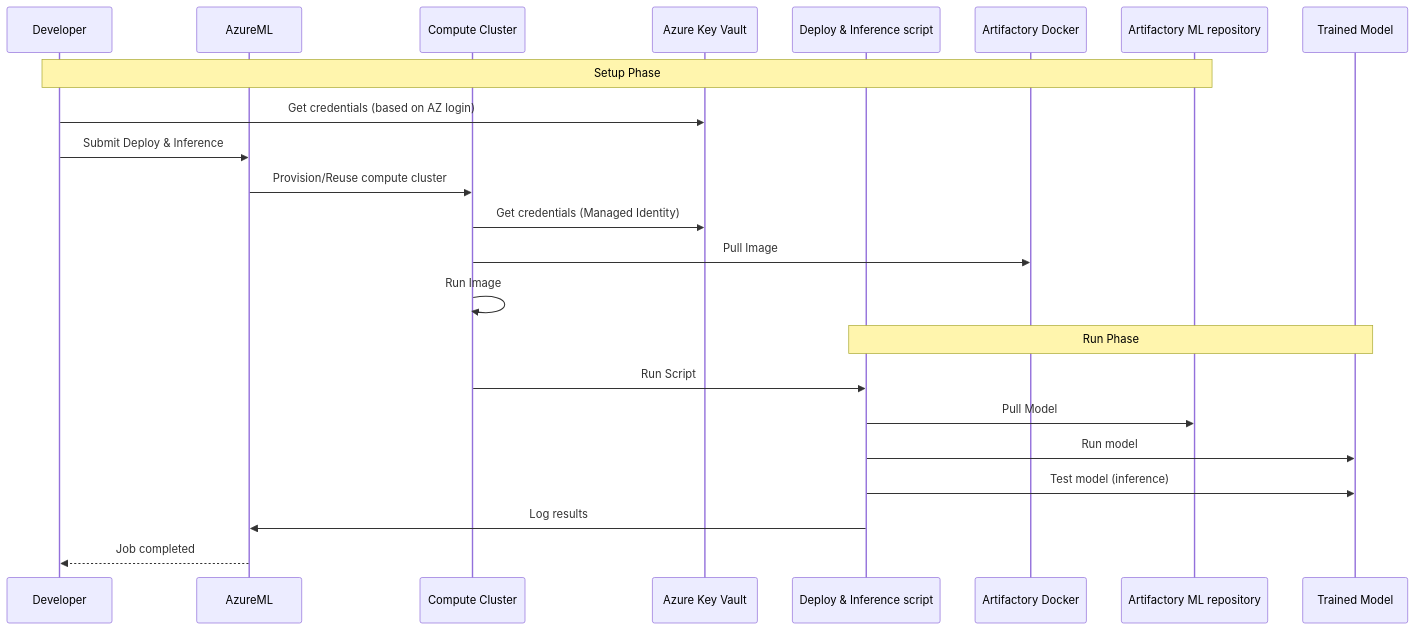
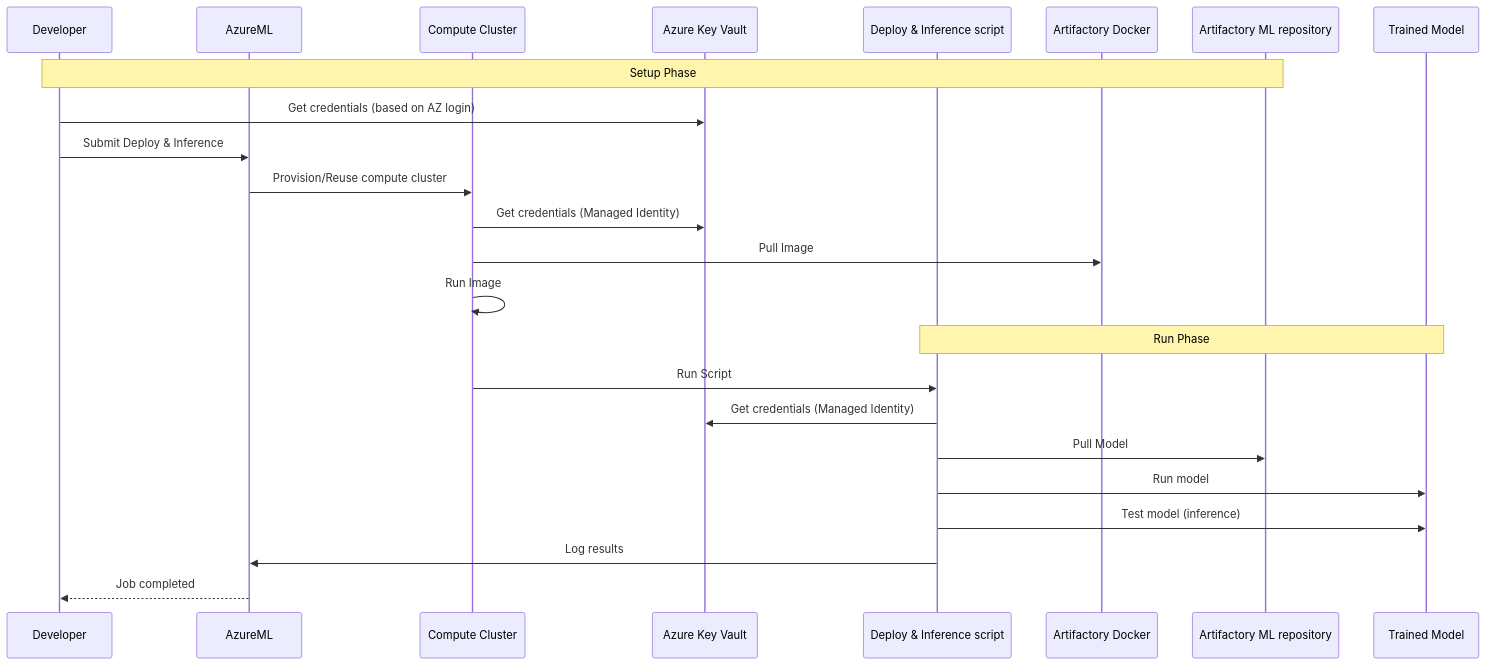
One commit to jfrog/JFrog-AzureML-integration changed the fourth of 4 diagrams in README.md. Above: the diagram before and after it, drawn with Mermaid. The commit also changed other lines of this file, not shown here.

Commit message:
README: add KV calls to sequence diagram

````diff
--- a/README.md
+++ b/README.md
@@ -245,27 +243,28 @@
 ```mermaid
 sequenceDiagram
     participant Dev as Developer
     participant AML as AzureML
     participant Compute as Compute Cluster       
     participant KV as Azure Key Vault
     participant deploy_and_inference as Deploy & Inference script
     participant ArtDocker as Artifactory Docker
     participant ArtML as Artifactory ML repository 
     participant Model as Trained Model
 
     Note over Dev,ArtML: Setup Phase
     Dev->>KV: Get credentials (based on AZ login)
     Dev->>AML: Submit Deploy & Inference    
     AML->>Compute: Provision/Reuse compute cluster
     Compute->>KV: Get credentials (Managed Identity)
     Compute->> ArtDocker: Pull Image    
     Compute->> Compute: Run Image     
     
     Note over deploy_and_inference,Model: Run Phase
     Compute->>deploy_and_inference: Run Script
+    deploy_and_inference->>KV: Get credentials (Managed Identity)
     deploy_and_inference->>ArtML: Pull Model
     deploy_and_inference->>Model: Run model   
     deploy_and_inference->>Model: Test model (inference)   
     deploy_and_inference->>AML: Log results   
     AML-->>Dev: Job completed
 ```
````
